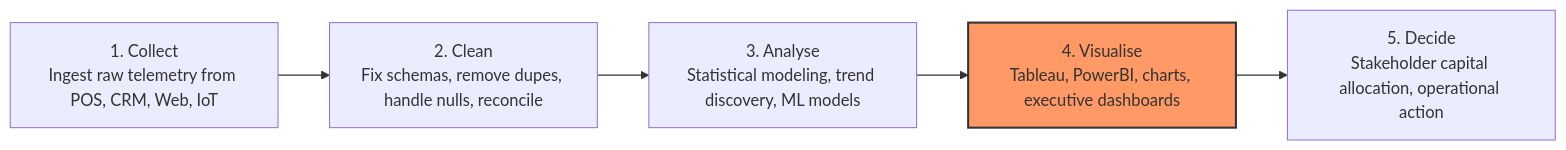
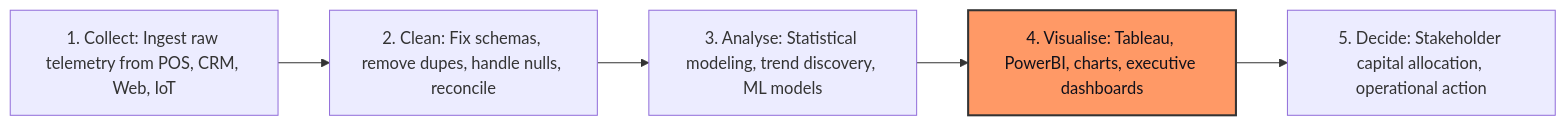
Before and after one commit to DeepLumiere/DeepSkills: the third of 27 diagrams in notes/data_analysis/Unit_2_notes.md, drawn with Mermaid. The commit also changed other lines of this file and 56 other files, not shown here.

````diff
--- a/notes/data_analysis/Unit_2_notes.md
+++ b/notes/data_analysis/Unit_2_notes.md
@@ -295,10 +295,10 @@
 ```mermaid
 flowchart LR
-    A["1. Collect<br/>Ingest raw telemetry from POS, CRM, Web, IoT"] --> B["2. Clean<br/>Fix schemas, remove dupes, handle nulls, reconcile"]
-    B --> C["3. Analyse<br/>Statistical modeling, trend discovery, ML models"]
-    C --> D["4. Visualise<br/>Tableau, PowerBI, charts, executive dashboards"]
-    D --> E["5. Decide<br/>Stakeholder capital allocation, operational action"]
+    A["1. Collect: Ingest raw telemetry from POS, CRM, Web, IoT"] --> B["2. Clean: Fix schemas, remove dupes, handle nulls, reconcile"]
+    B --> C["3. Analyse: Statistical modeling, trend discovery, ML models"]
+    C --> D["4. Visualise: Tableau, PowerBI, charts, executive dashboards"]
+    D --> E["5. Decide: Stakeholder capital allocation, operational action"]
 
-    classDef focus fill:#f96,stroke:#333,stroke-width:2px;
+    classDef focus fill:#f96,stroke:#333,stroke-width:2px,color:#11111b;
     class D focus;
 ```
````
